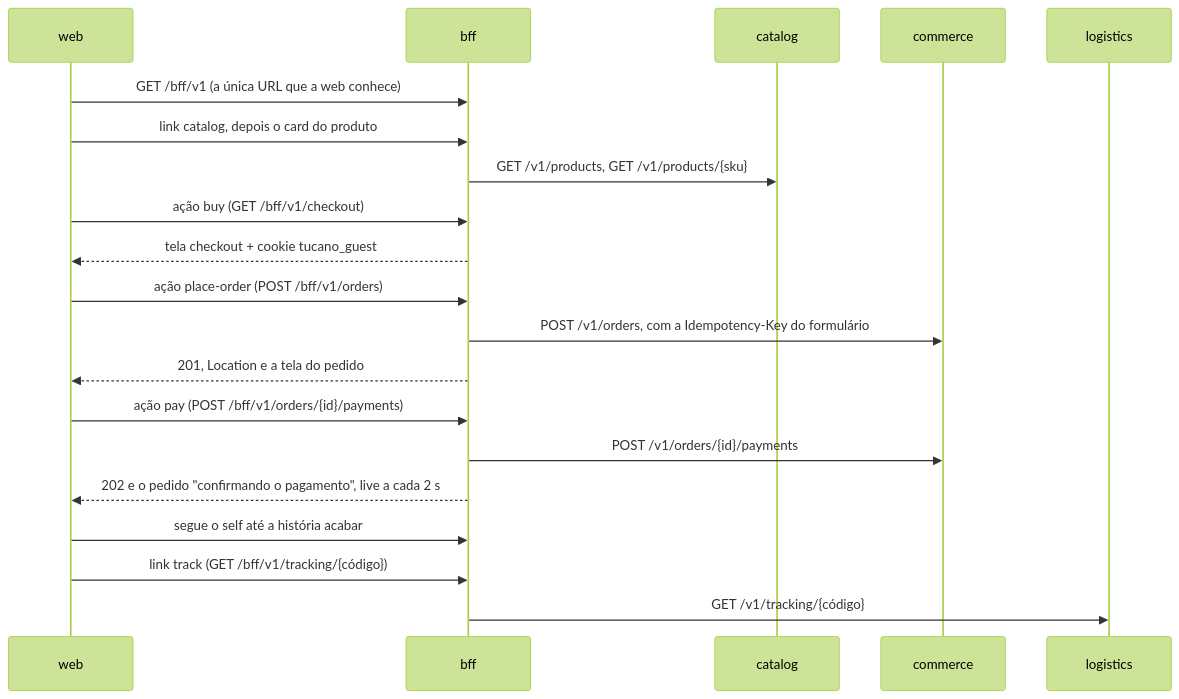
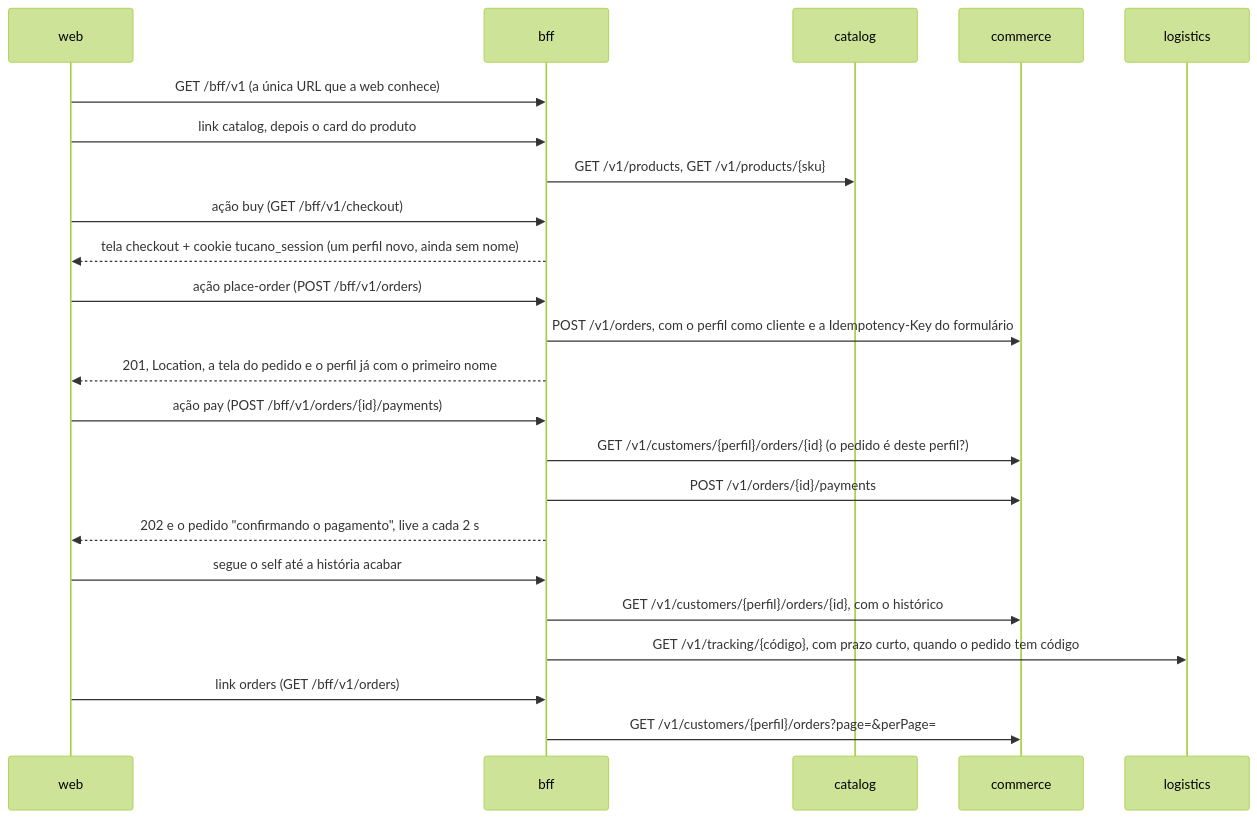
Before and after one commit to flaviotinococoutinho/Tucano_vibe_chaos: the diagram in services/bff/README.md, drawn with Mermaid (forest theme). The commit also changed other lines of this file and 67 other files, not shown here.

Commit message:
feat(bff): shopper profiles, my orders and the order story

````diff
--- a/services/bff/README.md
+++ b/services/bff/README.md
@@ -9,22 +9,25 @@
 ```mermaid
 sequenceDiagram
   participant W as web
   participant B as bff
   participant CA as catalog
   participant CO as commerce
   participant L as logistics
   W->>B: GET /bff/v1 (a única URL que a web conhece)
   W->>B: link catalog, depois o card do produto
   B->>CA: GET /v1/products, GET /v1/products/{sku}
   W->>B: ação buy (GET /bff/v1/checkout)
-  B-->>W: tela checkout + cookie tucano_guest
+  B-->>W: tela checkout + cookie tucano_session (um perfil novo, ainda sem nome)
   W->>B: ação place-order (POST /bff/v1/orders)
-  B->>CO: POST /v1/orders, com a Idempotency-Key do formulário
-  B-->>W: 201, Location e a tela do pedido
+  B->>CO: POST /v1/orders, com o perfil como cliente e a Idempotency-Key do formulário
+  B-->>W: 201, Location, a tela do pedido e o perfil já com o primeiro nome
   W->>B: ação pay (POST /bff/v1/orders/{id}/payments)
+  B->>CO: GET /v1/customers/{perfil}/orders/{id} (o pedido é deste perfil?)
   B->>CO: POST /v1/orders/{id}/payments
   B-->>W: 202 e o pedido "confirmando o pagamento", live a cada 2 s
   W->>B: segue o self até a história acabar
-  W->>B: link track (GET /bff/v1/tracking/{código})
-  B->>L: GET /v1/tracking/{código}
+  B->>CO: GET /v1/customers/{perfil}/orders/{id}, com o histórico
+  B->>L: GET /v1/tracking/{código}, com prazo curto, quando o pedido tem código
+  W->>B: link orders (GET /bff/v1/orders)
+  B->>CO: GET /v1/customers/{perfil}/orders?page=&perPage=
 ```
````
